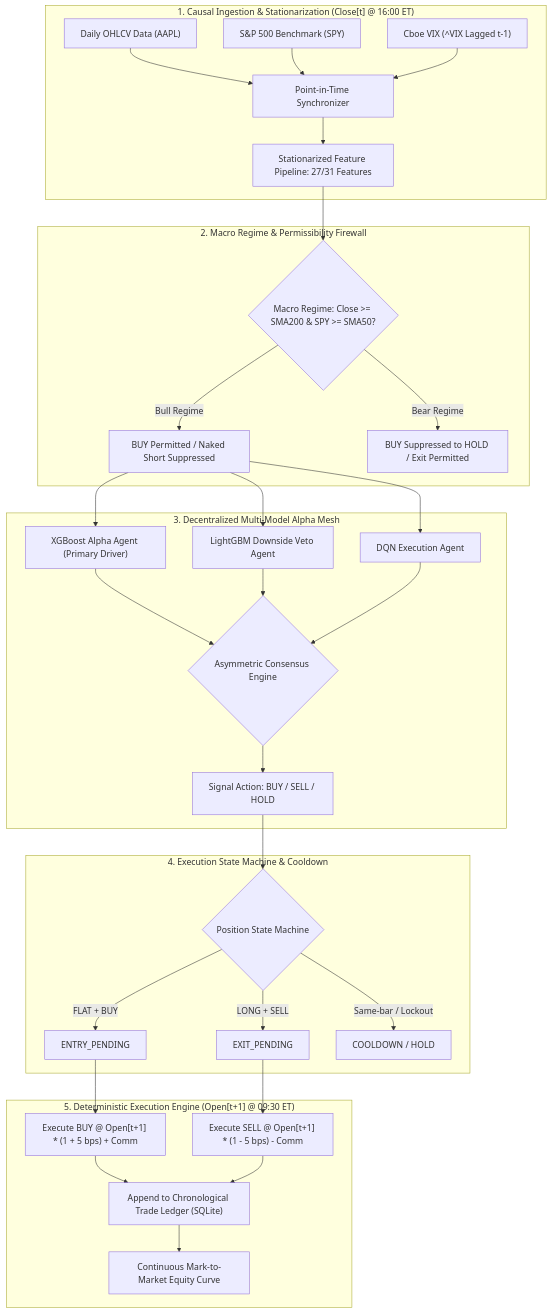
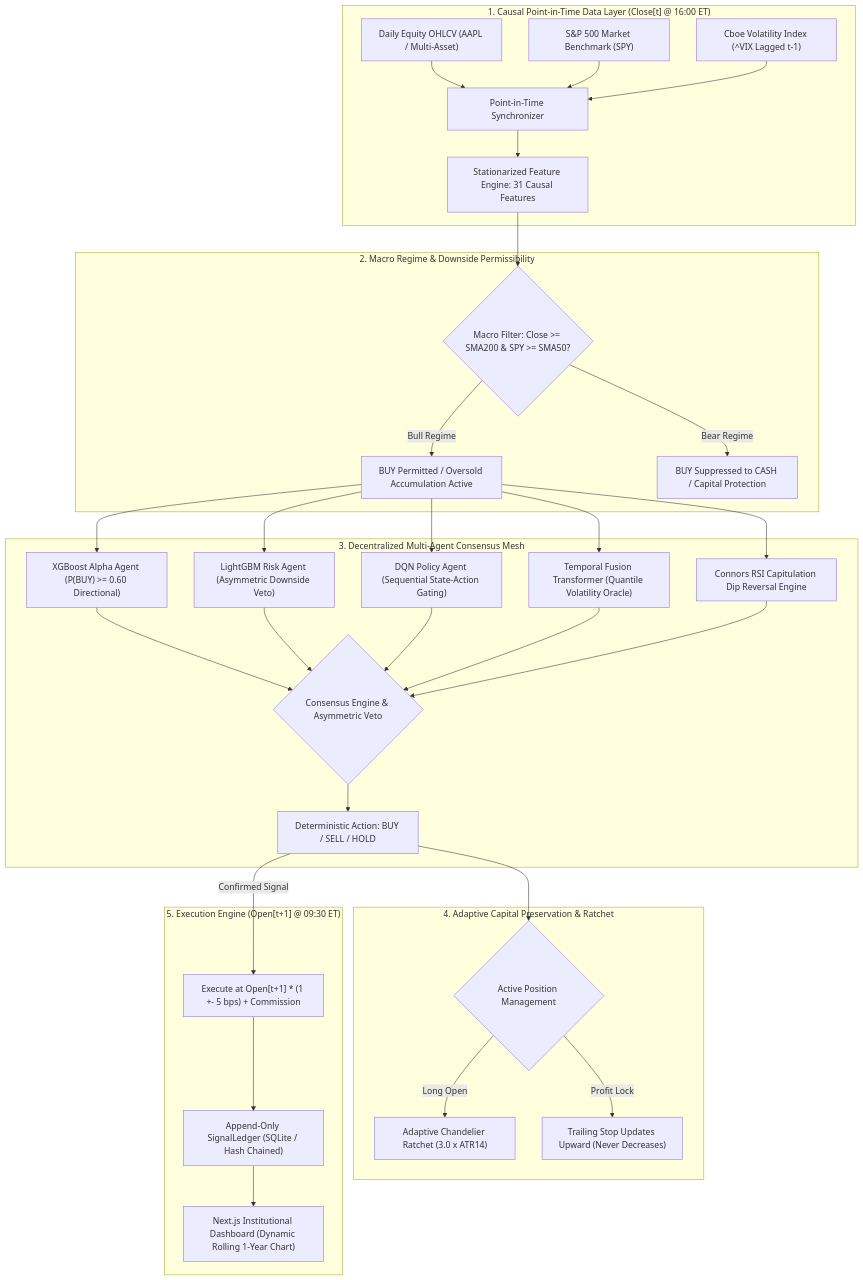
One commit to dhruvin0041/quantitative-trading-platform changed the diagram in README.md. Above: the diagram before and after it, drawn with Mermaid. The commit also changed other lines of this file and 13 other files, not shown here.

````diff
--- a/README.md
+++ b/README.md
@@ -30,40 +30,37 @@
 ```mermaid
 flowchart TD
-    subgraph Data_Layer ["1. Causal Ingestion & Stationarization (Close[t] @ 16:00 ET)"]
-        OHLCV["Daily OHLCV Data (AAPL)"] --> PIT["Point-in-Time Synchronizer"]
-        SPY["S&P 500 Benchmark (SPY)"] --> PIT
-        VIX["Cboe VIX (^VIX Lagged t-1)"] --> PIT
-        PIT --> FE["Stationarized Feature Pipeline: 27/31 Features"]
+    subgraph Data_Layer ["1. Causal Point-in-Time Data Layer (Close[t] @ 16:00 ET)"]
+        OHLCV["Daily Equity OHLCV (AAPL / Multi-Asset)"] --> PIT["Point-in-Time Synchronizer"]
+        SPY["S&P 500 Market Benchmark (SPY)"] --> PIT
+        VIX["Cboe Volatility Index (^VIX Lagged t-1)"] --> PIT
+        PIT --> FE["Stationarized Feature Engine: 31 Causal Features"]
     end
 
-    subgraph Macro_Filter ["2. Macro Regime & Permissibility Firewall"]
-        FE --> Regime{"Macro Regime: Close >= SMA200 & SPY >= SMA50?"}
-        Regime -->|"Bull Regime"| LongOK["BUY Permitted / Naked Short Suppressed"]
-        Regime -->|"Bear Regime"| ShortOK["BUY Suppressed to HOLD / Exit Permitted"]
+    subgraph Macro_Firewall ["2. Macro Regime & Downside Permissibility"]
+        FE --> RegimeCheck{"Macro Filter: Close >= SMA200 & SPY >= SMA50?"}
+        RegimeCheck -->|"Bull Regime"| BullPermit["BUY Permitted / Oversold Accumulation Active"]
+        RegimeCheck -->|"Bear Regime"| BearSuppress["BUY Suppressed to CASH / Capital Protection"]
     end
 
-    subgraph Model_Mesh ["3. Decentralized Multi-Model Alpha Mesh"]
-        LongOK --> XGB["XGBoost Alpha Agent (Primary Driver)"]
-        LongOK --> LGBM["LightGBM Downside Veto Agent"]
-        LongOK --> DQN["DQN Execution Agent"]
-        XGB --> Consensus{"Asymmetric Consensus Engine"}
-        LGBM --> Consensus
-        DQN --> Consensus
-        Consensus --> RawAction["Signal Action: BUY / SELL / HOLD"]
+    subgraph Model_Mesh ["3. Decentralized Multi-Agent Consensus Mesh"]
+        BullPermit --> XGB["XGBoost Alpha Agent (P(BUY) >= 0.60 Directional)"]
+        BullPermit --> LGBM["LightGBM Risk Agent (Asymmetric Downside Veto)"]
+        BullPermit --> DQN["DQN Policy Agent (Sequential State-Action Gating)"]
+        BullPermit --> TFT["Temporal Fusion Transformer (Quantile Volatility Oracle)"]
+        BullPermit --> Connors["Connors RSI Capitulation Dip Reversal Engine"]
+        XGB & LGBM & DQN & TFT & Connors --> Consensus{"Consensus Engine & Asymmetric Veto"}
+        Consensus --> Action["Deterministic Action: BUY / SELL / HOLD"]
     end
 
-    subgraph State_Machine ["4. Execution State Machine & Cooldown"]
-        RawAction --> SM{"Position State Machine"}
-        SM -->|"FLAT + BUY"| EntryPending["ENTRY_PENDING"]
-        SM -->|"LONG + SELL"| ExitPending["EXIT_PENDING"]
-        SM -->|"Same-bar / Lockout"| Cooldown["COOLDOWN / HOLD"]
+    subgraph Risk_Stop ["4. Adaptive Capital Preservation & Ratchet"]
+        Action --> Ratchet{"Active Position Management"}
+        Ratchet -->|"Long Open"| Chandelier["Adaptive Chandelier Ratchet (3.0 x ATR14)"]
+        Ratchet -->|"Profit Lock"| StopUpdate["Trailing Stop Updates Upward (Never Decreases)"]
     end
 
-    subgraph Execution_Sim ["5. Deterministic Execution Engine (Open[t+1] @ 09:30 ET)"]
-        EntryPending --> FillBuy["Execute BUY @ Open[t+1] * (1 + 5 bps) + Comm"]
-        ExitPending --> FillSell["Execute SELL @ Open[t+1] * (1 - 5 bps) - Comm"]
-        FillBuy --> Ledger["Append to Chronological Trade Ledger (SQLite)"]
-        FillSell --> Ledger
-        Ledger --> MTM["Continuous Mark-to-Market Equity Curve"]
+    subgraph Deterministic_Sim ["5. Execution Engine (Open[t+1] @ 09:30 ET)"]
+        Action -->|"Confirmed Signal"| Fill["Execute at Open[t+1] * (1 +- 5 bps) + Commission"]
+        Fill --> Ledger["Append-Only SignalLedger (SQLite / Hash Chained)"]
+        Ledger --> UI["Next.js Institutional Dashboard (Dynamic Rolling 1-Year Chart)"]
     end
 ```
````
